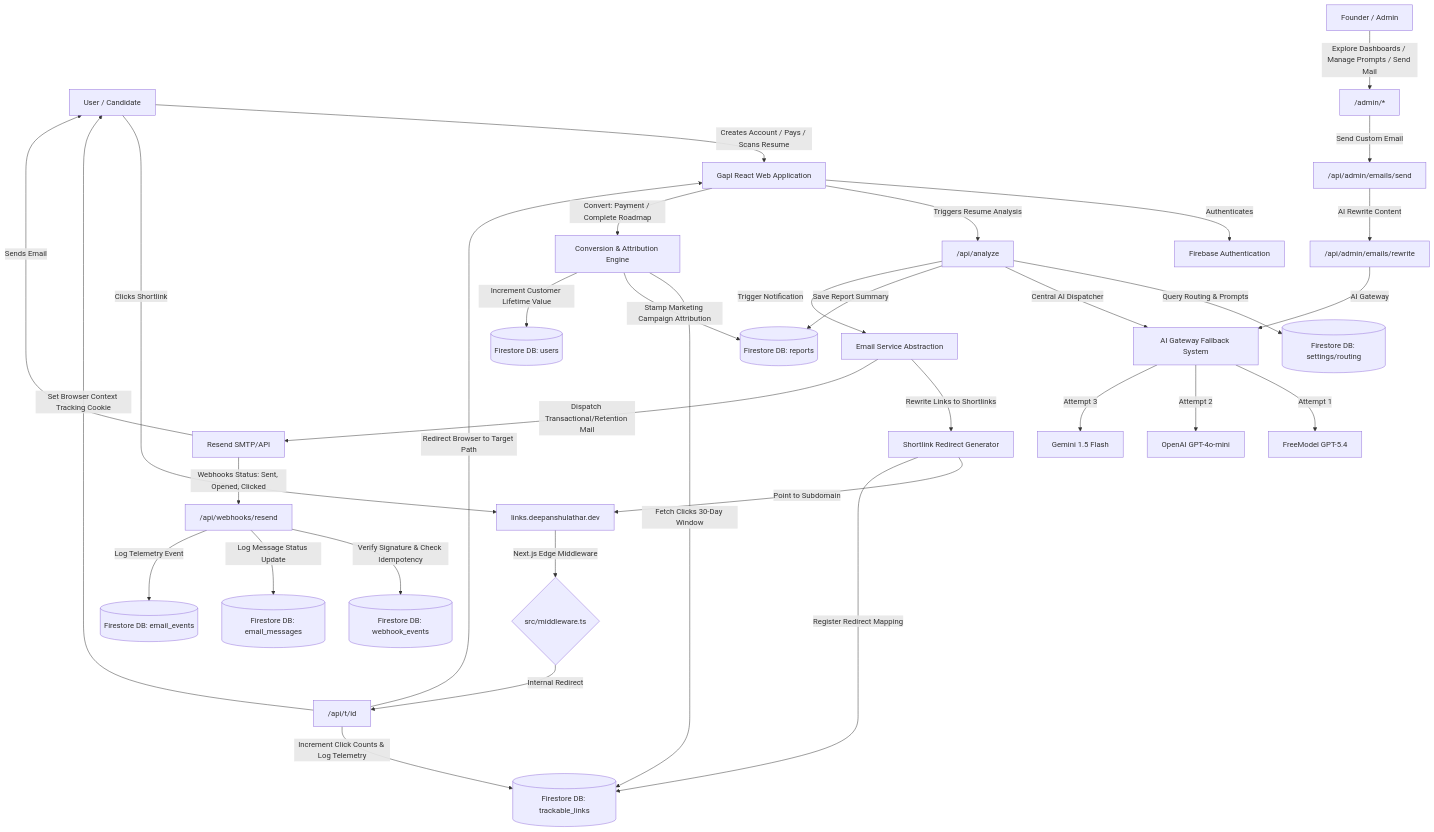
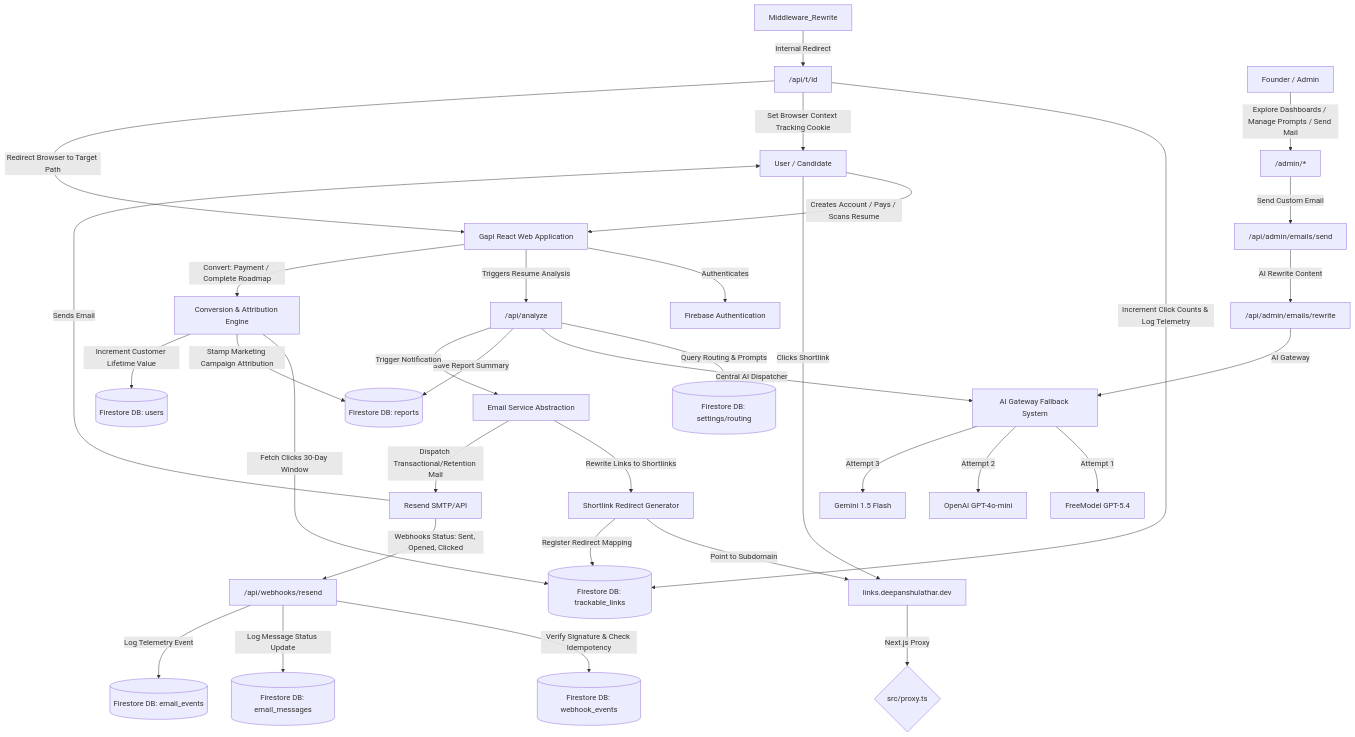
The diagram in README.md (latharrr/gapl), drawn with Mermaid before and after one commit. The commit also changed other lines of this file and 74 other files, not shown here.

````diff
--- a/README.md
+++ b/README.md
@@ -9,44 +9,44 @@
 ```mermaid
 graph TD
   User[User / Candidate] -->|Creates Account / Pays / Scans Resume| App[Gapl React Web Application]
   App -->|Authenticates| Firebase_Auth[Firebase Authentication]
   App -->|Triggers Resume Analysis| API_Analyze["/api/analyze"]
   
   API_Analyze -->|Query Routing & Prompts| Firestore[(Firestore DB: settings/routing)]
   API_Analyze -->|Central AI Dispatcher| AI_Gateway[AI Gateway Fallback System]
   AI_Gateway -->|Attempt 1| FreeModel[FreeModel GPT-5.4]
   AI_Gateway -->|Attempt 2| OpenAI[OpenAI GPT-4o-mini]
   AI_Gateway -->|Attempt 3| Gemini[Gemini 1.5 Flash]
   
   API_Analyze -->|Save Report Summary| Reports_Db[(Firestore DB: reports)]
   API_Analyze -->|Trigger Notification| Email_Service[Email Service Abstraction]
   
   Email_Service -->|Rewrite Links to Shortlinks| Link_Tracker[Shortlink Redirect Generator]
   Link_Tracker -->|Point to Subdomain| Links_Domain["links.deepanshulathar.dev"]
   Link_Tracker -->|Register Redirect Mapping| Trackable_Links[(Firestore DB: trackable_links)]
   
   Email_Service -->|Dispatch Transactional/Retention Mail| Resend_API[Resend SMTP/API]
   Resend_API -->|Sends Email| User
   
   User -->|Clicks Shortlink| Links_Domain
-  Links_Domain -->|Next.js Edge Middleware| Middleware_Rewrite{"src/middleware.ts"}
+  Links_Domain -->|Next.js Proxy| Proxy_Rewrite{"src/proxy.ts"}
   Middleware_Rewrite -->|Internal Redirect| Redirect_API["/api/t/id"]
   Redirect_API -->|Increment Click Counts & Log Telemetry| Trackable_Links
   Redirect_API -->|Set Browser Context Tracking Cookie| User
   Redirect_API -->|Redirect Browser to Target Path| App
   
   Resend_API -->|Webhooks Status: Sent, Opened, Clicked| Webhook_API["/api/webhooks/resend"]
   Webhook_API -->|Verify Signature & Check Idempotency| Webhook_Events[(Firestore DB: webhook_events)]
   Webhook_API -->|Log Message Status Update| Email_Messages[(Firestore DB: email_messages)]
   Webhook_API -->|Log Telemetry Event| Email_Events[(Firestore DB: email_events)]
   
   App -->|Convert: Payment / Complete Roadmap| Conversion_Engine[Conversion & Attribution Engine]
   Conversion_Engine -->|Fetch Clicks 30-Day Window| Trackable_Links
   Conversion_Engine -->|Stamp Marketing Campaign Attribution| Reports_Db
   Conversion_Engine -->|Increment Customer Lifetime Value| Users_Db[(Firestore DB: users)]
   
   Founder[Founder / Admin] -->|Explore Dashboards / Manage Prompts / Send Mail| Admin_Panel["/admin/*"]
   Admin_Panel -->|Send Custom Email| Admin_Send_API["/api/admin/emails/send"]
   Admin_Send_API -->|AI Rewrite Content| Admin_Rewrite_API["/api/admin/emails/rewrite"]
   Admin_Rewrite_API -->|AI Gateway| AI_Gateway
 ```
````
